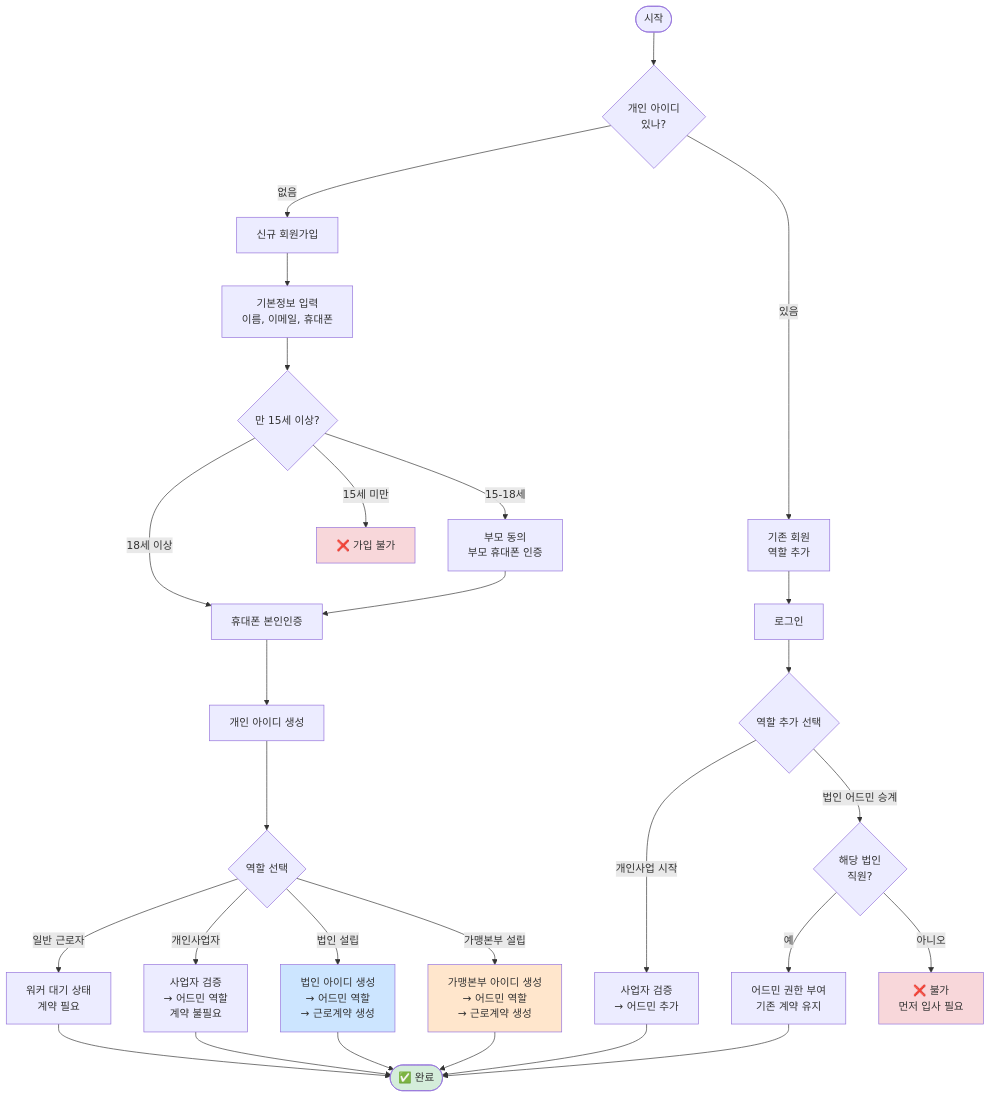
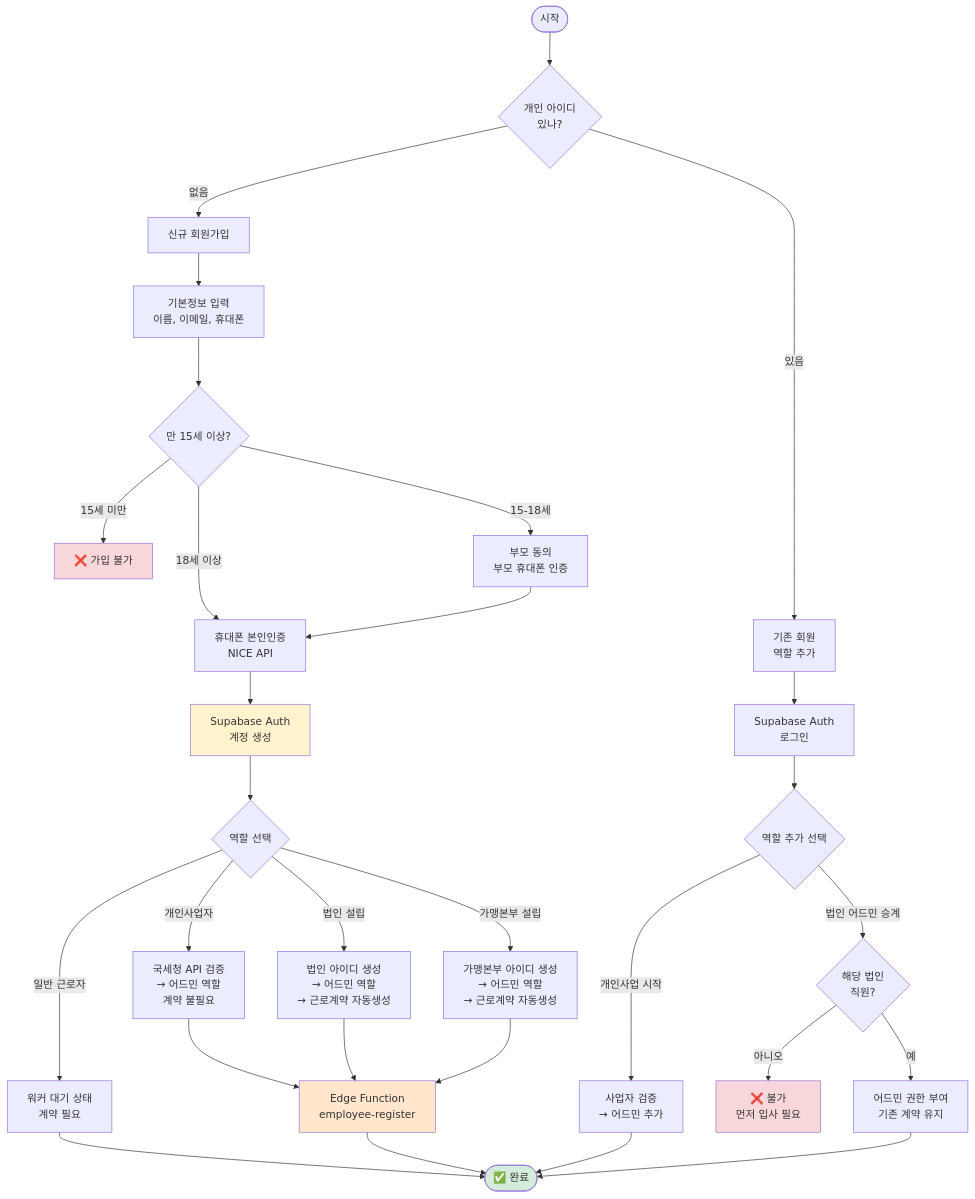
One commit to crazybass81/DOT changed the second of 11 diagrams in services/attendance/user-permission-diagram.md. Above: the diagram before and after it, drawn with Mermaid. The commit also changed other lines of this file, not shown here.

````diff
--- a/services/attendance/user-permission-diagram.md
+++ b/services/attendance/user-permission-diagram.md
@@ -68,53 +68,56 @@
 ```mermaid
 flowchart TD
     Start([시작])
     
     Start --> CheckAccount{개인 아이디<br/>있나?}
     
     CheckAccount -->|없음| NewUser[신규 회원가입]
     CheckAccount -->|있음| ExistingUser[기존 회원<br/>역할 추가]
     
     %% 신규 회원가입 경로
     NewUser --> BasicInfo[기본정보 입력<br/>이름, 이메일, 휴대폰]
     BasicInfo --> AgeCheck{만 15세 이상?}
     
     AgeCheck -->|15세 미만| Reject[❌ 가입 불가]
     AgeCheck -->|15-18세| TeenConsent[부모 동의<br/>부모 휴대폰 인증]
     AgeCheck -->|18세 이상| PhoneAuth
     
-    TeenConsent --> PhoneAuth[휴대폰 본인인증]
-    PhoneAuth --> CreatePersonalID[개인 아이디 생성]
-    CreatePersonalID --> RoleSelect1{역할 선택}
+    TeenConsent --> PhoneAuth[휴대폰 본인인증<br/>NICE API]
+    PhoneAuth --> CreateSupaAuth[Supabase Auth<br/>계정 생성]
+    CreateSupaAuth --> RoleSelect1{역할 선택}
     
     %% 신규 가입 역할
     RoleSelect1 -->|일반 근로자| JustWorker[워커 대기 상태<br/>계약 필요]
-    RoleSelect1 -->|개인사업자| IndivBizNew[사업자 검증<br/>→ 어드민 역할<br/>계약 불필요]
-    RoleSelect1 -->|법인 설립| CorpNew[법인 아이디 생성<br/>→ 어드민 역할<br/>→ 근로계약 생성]
-    RoleSelect1 -->|가맹본부 설립| FranNew[가맹본부 아이디 생성<br/>→ 어드민 역할<br/>→ 근로계약 생성]
+    RoleSelect1 -->|개인사업자| IndivBizNew[국세청 API 검증<br/>→ 어드민 역할<br/>계약 불필요]
+    RoleSelect1 -->|법인 설립| CorpNew[법인 아이디 생성<br/>→ 어드민 역할<br/>→ 근로계약 자동생성]
+    RoleSelect1 -->|가맹본부 설립| FranNew[가맹본부 아이디 생성<br/>→ 어드민 역할<br/>→ 근로계약 자동생성]
     
     %% 기존 회원 역할 추가
-    ExistingUser --> Login[로그인]
-    Login --> RoleSelect2{역할 추가 선택}
+    ExistingUser --> SupaLogin[Supabase Auth<br/>로그인]
+    SupaLogin --> RoleSelect2{역할 추가 선택}
     
     RoleSelect2 -->|개인사업 시작| IndivBizAdd[사업자 검증<br/>→ 어드민 추가]
     RoleSelect2 -->|법인 어드민 승계| CorpAdminCheck{해당 법인<br/>직원?}
     
     CorpAdminCheck -->|예| GrantAdmin[어드민 권한 부여<br/>기존 계약 유지]
     CorpAdminCheck -->|아니오| DenyAdmin[❌ 불가<br/>먼저 입사 필요]
     
+    %% Edge Functions 호출
+    IndivBizNew --> EF1[Edge Function<br/>employee-register]
+    CorpNew --> EF1
+    FranNew --> EF1
+    
     %% 최종
     JustWorker --> Complete
-    IndivBizNew --> Complete
-    CorpNew --> Complete
-    FranNew --> Complete
+    EF1 --> Complete
     IndivBizAdd --> Complete
     GrantAdmin --> Complete
     
     Complete([✅ 완료])
     
     style Reject fill:#f8d7da
     style DenyAdmin fill:#f8d7da
-    style CorpNew fill:#cce5ff
-    style FranNew fill:#ffe6cc
+    style CreateSupaAuth fill:#fff3cd
+    style EF1 fill:#ffe6cc
     style Complete fill:#d4edda
 ```
````
